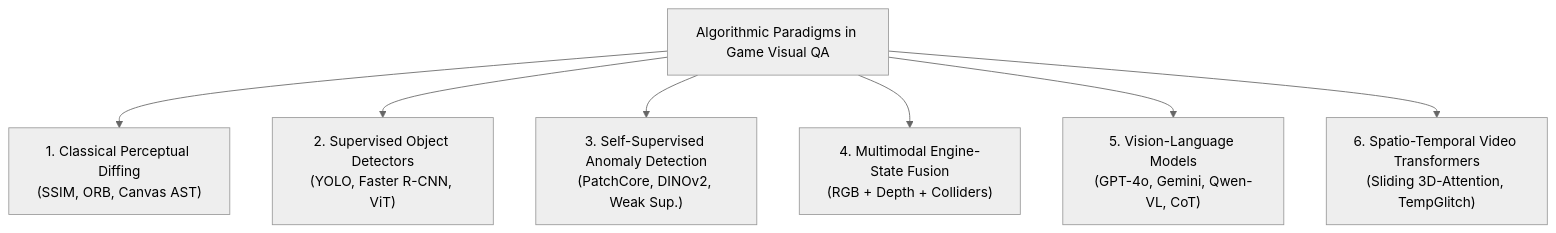
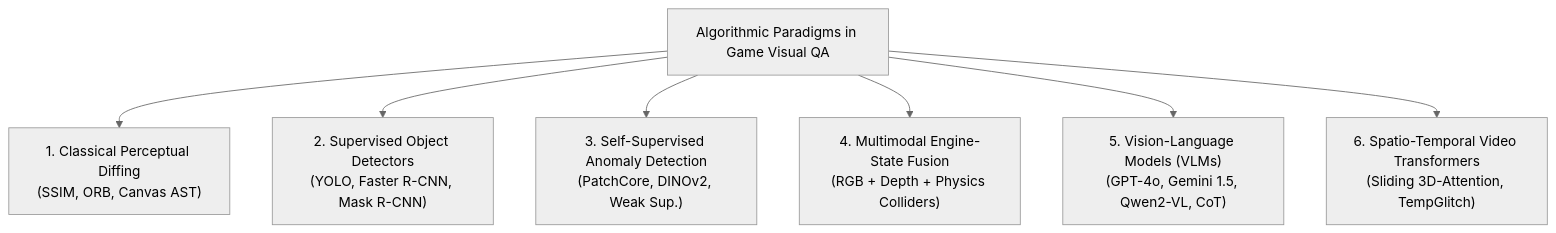
Before and after one commit to minhphuc477/game-visual-bug-detection: the diagram in manuscript/sections/04_results_mapping.md, drawn with Mermaid (neutral theme). The commit also changed other lines of this file and 21 other files, not shown here.

Commit message:
feat(manuscript): integrate 45-study evidence synthesis, PRISMA-S flow, publication figures, and compiled 16-page LaTeX PDF package

````diff
--- a/manuscript/sections/04_results_mapping.md
+++ b/manuscript/sections/04_results_mapping.md
@@ -6,10 +21,10 @@
 ```mermaid
 graph TD
     Paradigms["Algorithmic Paradigms in Game Visual QA"]
     Paradigms --> P1["1. Classical Perceptual Diffing<br/>(SSIM, ORB, Canvas AST)"]
-    Paradigms --> P2["2. Supervised Object Detectors<br/>(YOLO, Faster R-CNN, ViT)"]
+    Paradigms --> P2["2. Supervised Object Detectors<br/>(YOLO, Faster R-CNN, Mask R-CNN)"]
     Paradigms --> P3["3. Self-Supervised Anomaly Detection<br/>(PatchCore, DINOv2, Weak Sup.)"]
-    Paradigms --> P4["4. Multimodal Engine-State Fusion<br/>(RGB + Depth + Colliders)"]
-    Paradigms --> P5["5. Vision-Language Models<br/>(GPT-4o, Gemini, Qwen-VL, CoT)"]
+    Paradigms --> P4["4. Multimodal Engine-State Fusion<br/>(RGB + Depth + Physics Colliders)"]
+    Paradigms --> P5["5. Vision-Language Models (VLMs)<br/>(GPT-4o, Gemini 1.5, Qwen2-VL, CoT)"]
     Paradigms --> P6["6. Spatio-Temporal Video Transformers<br/>(Sliding 3D-Attention, TempGlitch)"]
 ```
````
